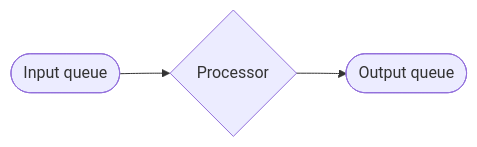
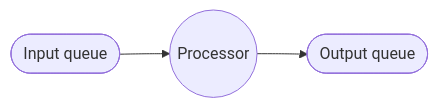
The second of 2 diagrams in README.md (stevana/elastically-scalable-thread-pools), drawn with Mermaid before and after one commit.

Commit message:
Fix processor shape in diagram.

````diff
--- a/README.md
+++ b/README.md
@@ -53,4 +53,4 @@
 ```mermaid
 flowchart LR
-    I([Input queue]) --> P{Processor} --> O([Output queue])
+    I([Input queue]) --> P((Processor)) --> O([Output queue])
 ```
````
